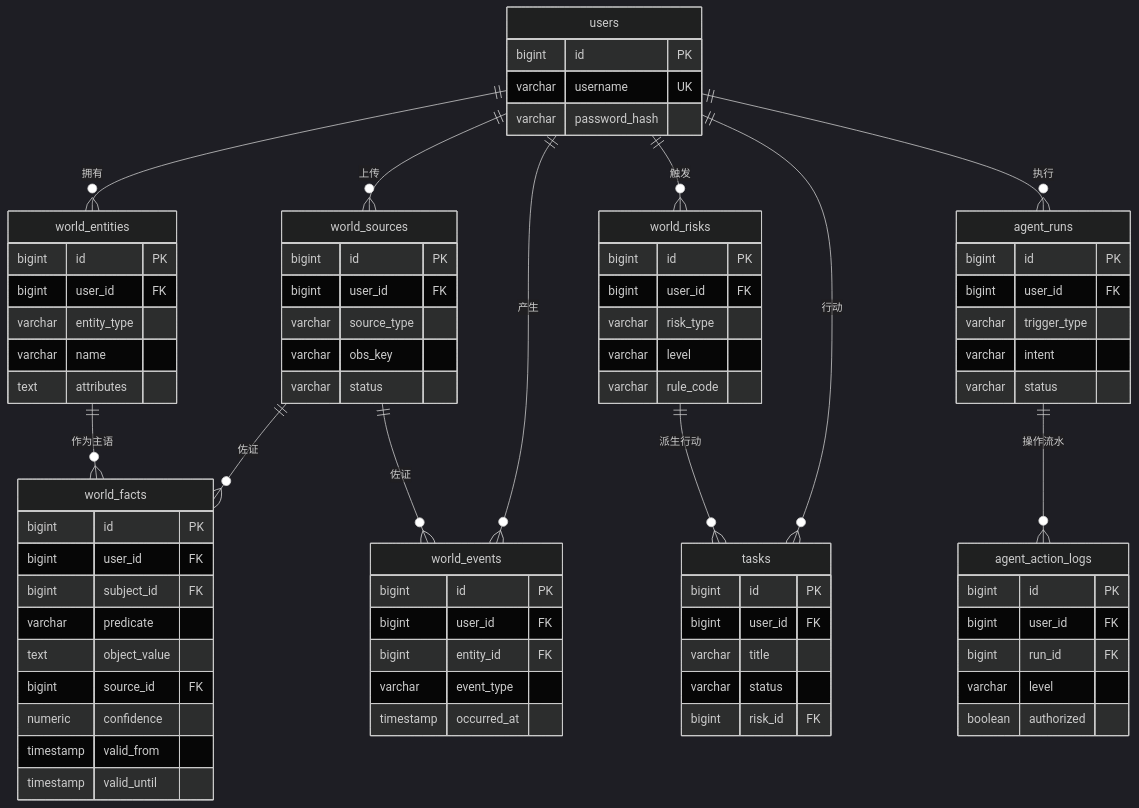
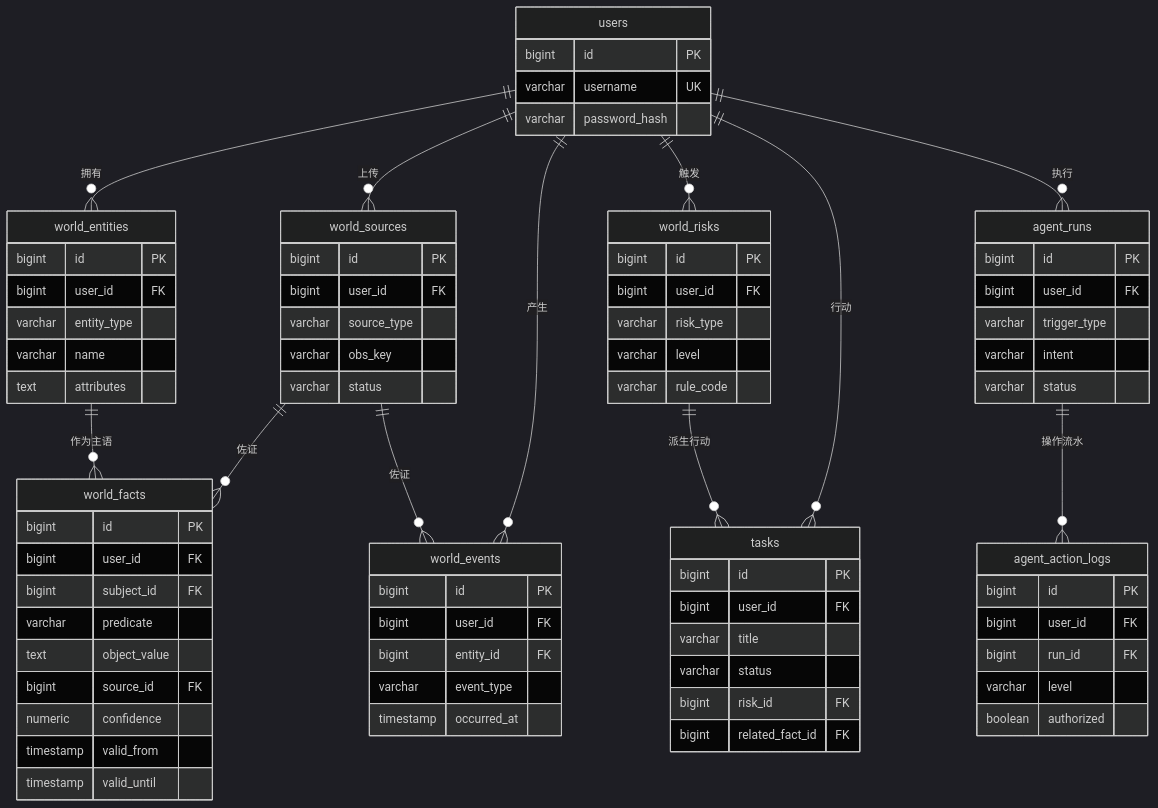
The diagram in docs/database-design.md (shuaijieli064-collab/HarmonyICT), drawn with Mermaid (dark theme) before and after one commit. The commit also changed other lines of this file and 8 other files, not shown here.

Commit message:
[A] fix: 落实 PR #2 review 拍板——tasks 加 related_fact_id 溯源列，执行器透传 B 编排器的 relatedFactId

````diff
--- a/docs/database-design.md
+++ b/docs/database-design.md
@@ -21,80 +22,81 @@
 ```mermaid
 erDiagram
     users ||--o{ world_entities : "拥有"
     users ||--o{ world_sources : "上传"
     users ||--o{ world_events : "产生"
     users ||--o{ world_risks : "触发"
     users ||--o{ tasks : "行动"
     users ||--o{ agent_runs : "执行"
     world_entities ||--o{ world_facts : "作为主语"
     world_sources ||--o{ world_facts : "佐证"
     world_sources ||--o{ world_events : "佐证"
     world_risks ||--o{ tasks : "派生行动"
     agent_runs ||--o{ agent_action_logs : "操作流水"
 
     users {
         bigint id PK
         varchar username UK
         varchar password_hash
     }
     world_entities {
         bigint id PK
         bigint user_id FK
         varchar entity_type
         varchar name
         text attributes
     }
     world_sources {
         bigint id PK
         bigint user_id FK
         varchar source_type
         varchar obs_key
         varchar status
     }
     world_facts {
         bigint id PK
         bigint user_id FK
         bigint subject_id FK
         varchar predicate
         text object_value
         bigint source_id FK
         numeric confidence
         timestamp valid_from
         timestamp valid_until
     }
     world_events {
         bigint id PK
         bigint user_id FK
         bigint entity_id FK
         varchar event_type
         timestamp occurred_at
     }
     world_risks {
         bigint id PK
         bigint user_id FK
         varchar risk_type
         varchar level
         varchar rule_code
     }
     tasks {
         bigint id PK
         bigint user_id FK
         varchar title
         varchar status
         bigint risk_id FK
+        bigint related_fact_id FK
     }
     agent_runs {
         bigint id PK
         bigint user_id FK
         varchar trigger_type
         varchar intent
         varchar status
     }
     agent_action_logs {
         bigint id PK
         bigint user_id FK
         bigint run_id FK
         varchar level
         boolean authorized
     }
 ```
````
